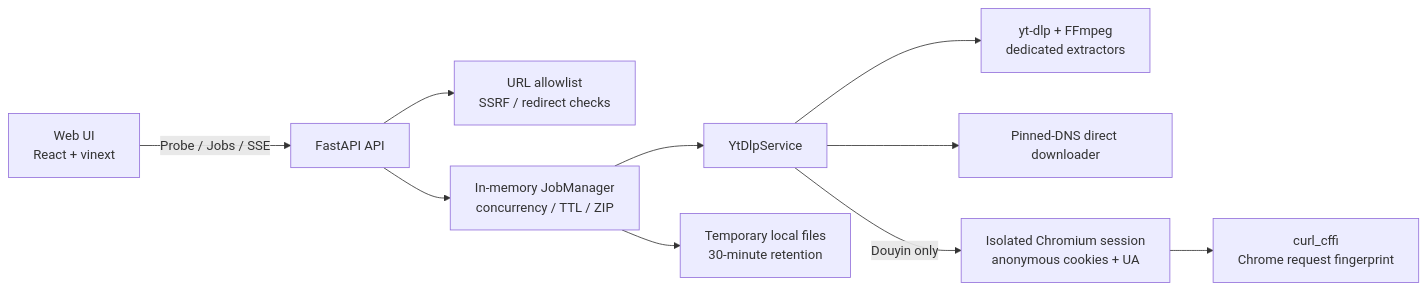
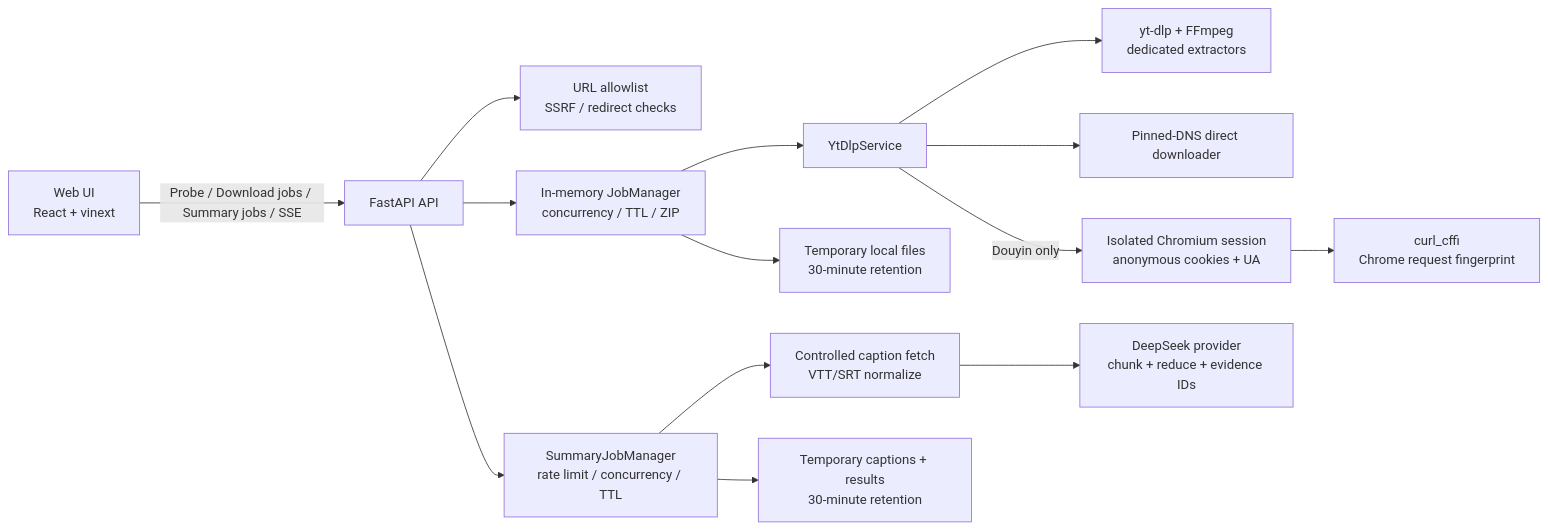
Before and after one commit to CodeTainian/free-media-download: the diagram in docs/mvp-video-download-handoff.md, drawn with Mermaid. The commit also changed other lines of this file and 24 other files, not shown here.

````diff
--- a/docs/mvp-video-download-handoff.md
+++ b/docs/mvp-video-download-handoff.md
@@ -36,12 +42,16 @@
 ```mermaid
 flowchart LR
-    UI["Web UI\nReact + vinext"] -->|"Probe / Jobs / SSE"| API["FastAPI API"]
+    UI["Web UI\nReact + vinext"] -->|"Probe / Download jobs / Summary jobs / SSE"| API["FastAPI API"]
     API --> SEC["URL allowlist\nSSRF / redirect checks"]
     API --> JOB["In-memory JobManager\nconcurrency / TTL / ZIP"]
     JOB --> DL["YtDlpService"]
     DL --> YTDLP["yt-dlp + FFmpeg\ndedicated extractors"]
     DL --> DIRECT["Pinned-DNS direct downloader"]
     DL -->|"Douyin only"| SESSION["Isolated Chromium session\nanonymous cookies + UA"]
     SESSION --> IMP["curl_cffi\nChrome request fingerprint"]
     JOB --> DISK["Temporary local files\n30-minute retention"]
+    API --> SUM["SummaryJobManager\nrate limit / concurrency / TTL"]
+    SUM --> CAP["Controlled caption fetch\nVTT/SRT normalize"]
+    CAP --> AI["DeepSeek provider\nchunk + reduce + evidence IDs"]
+    SUM --> SDISK["Temporary captions + results\n30-minute retention"]
 ```
````
